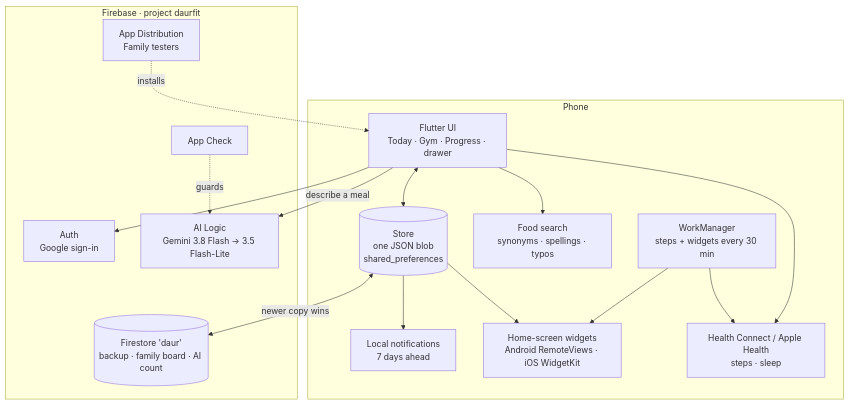
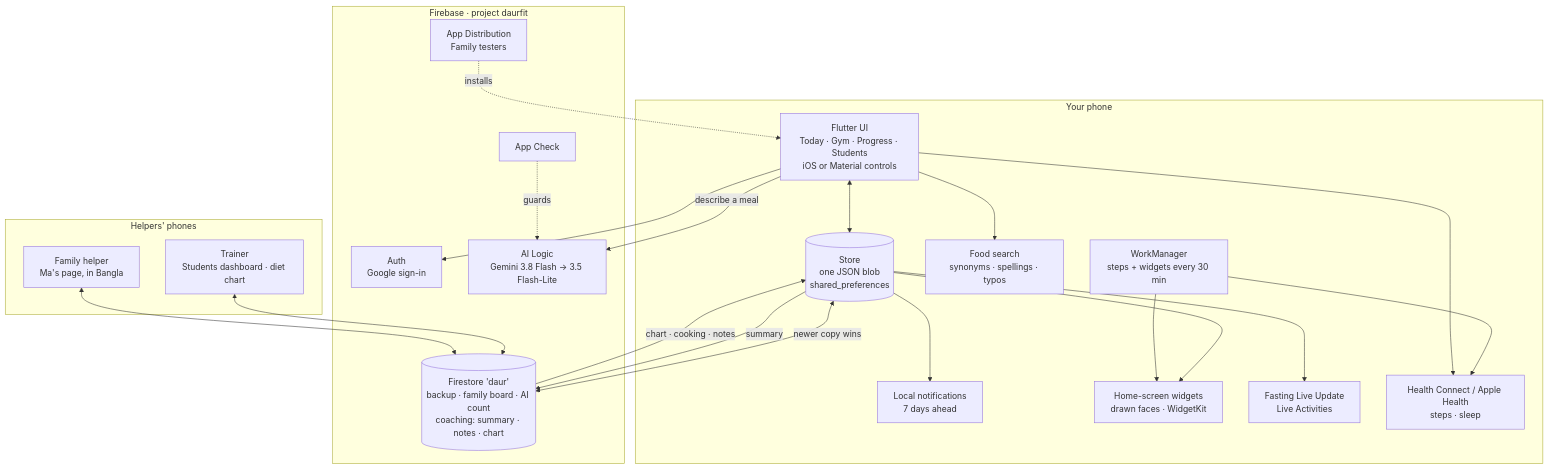
One commit to siraajul/daur changed the third of 9 diagrams in README.md. Above: the diagram before and after it, drawn with Mermaid. The commit also changed other lines of this file and 123 other files, not shown here.

First line of the commit message:
Redesigns, goals, Burn, fasting stages, coaching (trainer + family), Ma's page, Dau (#2)

````diff
--- a/README.md
+++ b/README.md
@@ -108,31 +205,41 @@
 ```mermaid
 flowchart TB
-    subgraph phone[Phone]
-        ui[Flutter UI<br/>Today · Gym · Progress · drawer]
+    subgraph phone[Your phone]
+        ui[Flutter UI<br/>Today · Gym · Progress · Students<br/>iOS or Material controls]
         store[(Store<br/>one JSON blob<br/>shared_preferences)]
         search[Food search<br/>synonyms · spellings · typos]
         notif[Local notifications<br/>7 days ahead]
-        widgets[Home-screen widgets<br/>Android RemoteViews · iOS WidgetKit]
+        widgets[Home-screen widgets<br/>drawn faces · WidgetKit]
+        live[Fasting Live Update<br/>Live Activities]
         work[WorkManager<br/>steps + widgets every 30 min]
         health[Health Connect / Apple Health<br/>steps · sleep]
     end
+    subgraph helpers[Helpers' phones]
+        trainer[Trainer<br/>Students dashboard · diet chart]
+        ma[Family helper<br/>Ma's page, in Bangla]
+    end
     subgraph firebase[Firebase · project daurfit]
         auth[Auth<br/>Google sign-in]
-        fs[(Firestore 'daur'<br/>backup · family board · AI count)]
+        fs[(Firestore 'daur'<br/>backup · family board · AI count<br/>coaching: summary · notes · chart)]
         ai[AI Logic<br/>Gemini 3.8 Flash → 3.5 Flash-Lite]
         check[App Check]
         dist[App Distribution<br/>Family testers]
     end
     ui <--> store
     ui --> search
     store --> notif
     store --> widgets
+    store --> live
     work --> health
     work --> widgets
     ui --> health
     store <-->|newer copy wins| fs
+    store -->|summary| fs
+    fs -->|chart · cooking · notes| store
+    trainer <--> fs
+    ma <--> fs
     ui --> auth
     ui -->|describe a meal| ai
     check -.guards.-> ai
     dist -.installs.-> ui
 ```
````
